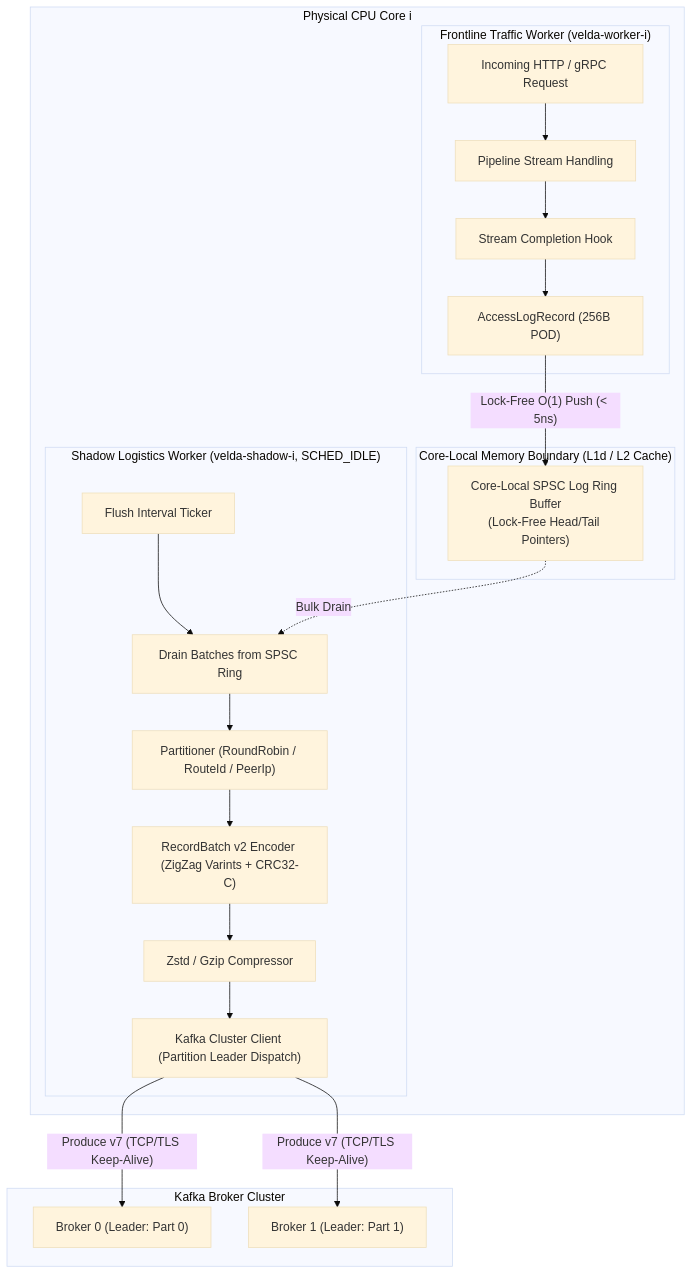
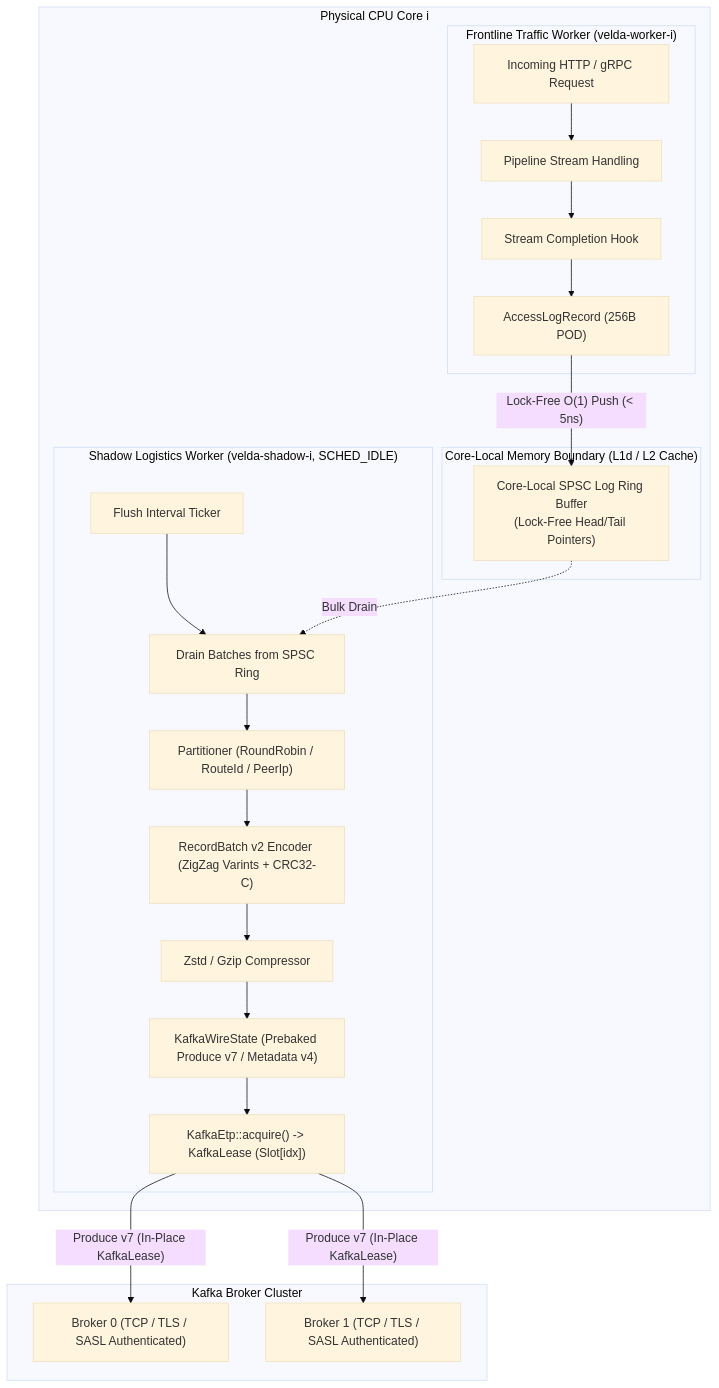
The diagram in crates/velda-plugin/src/background/kafka_log_shipper/ARCHITECTURE.md (phucle996/velda-edge), drawn with Mermaid (base theme) before and after one commit. The commit also changed other lines of this file and 106 other files, not shown here.

````diff
--- a/crates/velda-plugin/src/background/kafka_log_shipper/ARCHITECTURE.md
+++ b/crates/velda-plugin/src/background/kafka_log_shipper/ARCHITECTURE.md
@@ -9,43 +9,45 @@
 ```mermaid
 flowchart TD
     subgraph Core["Physical CPU Core i"]
         subgraph FrontlineWorker["Frontline Traffic Worker (velda-worker-i)"]
             REQ["Incoming HTTP / gRPC Request"]
             STREAM["Pipeline Stream Handling"]
             TELEMETRY["Stream Completion Hook"]
             RECORD["AccessLogRecord (256B POD)"]
 
             REQ --> STREAM
             STREAM --> TELEMETRY
             TELEMETRY --> RECORD
         end
 
         subgraph CoreLocalRing["Core-Local Memory Boundary (L1d / L2 Cache)"]
             SPSC["Core-Local SPSC Log Ring Buffer\n(Lock-Free Head/Tail Pointers)"]
             RECORD -->|"Lock-Free O(1) Push (< 5ns)"| SPSC
         end
 
         subgraph ShadowWorker["Shadow Logistics Worker (velda-shadow-i, SCHED_IDLE)"]
             TICKER["Flush Interval Ticker"]
             DRAIN["Drain Batches from SPSC Ring"]
             PART["Partitioner (RoundRobin / RouteId / PeerIp)"]
             ENC["RecordBatch v2 Encoder (ZigZag Varints + CRC32-C)"]
             COMP["Zstd / Gzip Compressor"]
-            ROUTER["Kafka Cluster Client (Partition Leader Dispatch)"]
+            WIRE["KafkaWireState (Prebaked Produce v7 / Metadata v4)"]
+            ETP["KafkaEtp::acquire() -> KafkaLease (Slot[idx])"]
 
             TICKER --> DRAIN
             SPSC -.->|"Bulk Drain"| DRAIN
             DRAIN --> PART
             PART --> ENC
             ENC --> COMP
-            COMP --> ROUTER
+            COMP --> WIRE
+            WIRE --> ETP
         end
     end
 
     subgraph KafkaCluster["Kafka Broker Cluster"]
-        B0["Broker 0 (Leader: Part 0)"]
-        B1["Broker 1 (Leader: Part 1)"]
-        ROUTER -->|"Produce v7 (TCP/TLS Keep-Alive)"| B0
-        ROUTER -->|"Produce v7 (TCP/TLS Keep-Alive)"| B1
+        B0["Broker 0 (TCP / TLS / SASL Authenticated)"]
+        B1["Broker 1 (TCP / TLS / SASL Authenticated)"]
+        ETP -->|"Produce v7 (In-Place KafkaLease)"| B0
+        ETP -->|"Produce v7 (In-Place KafkaLease)"| B1
     end
 ```
````
